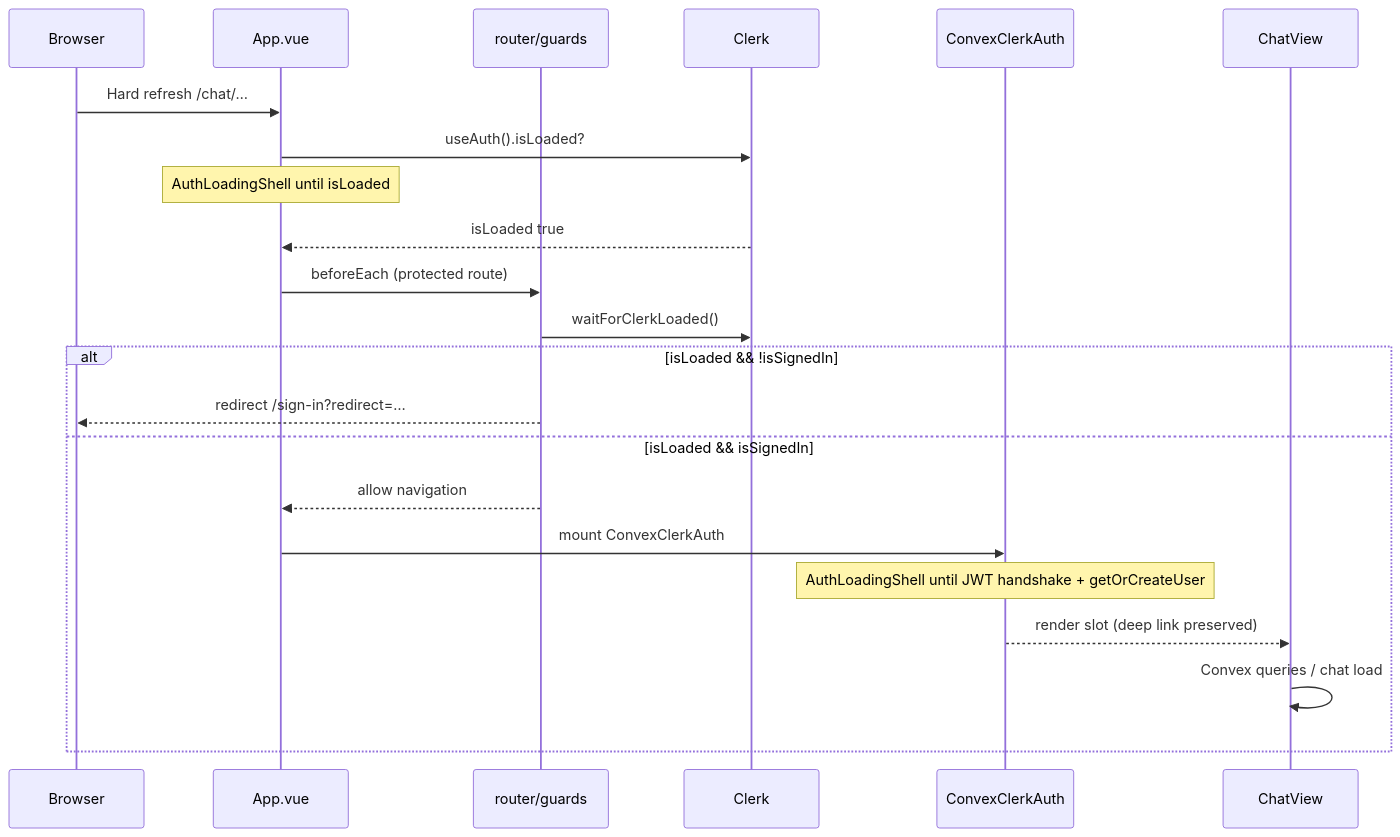
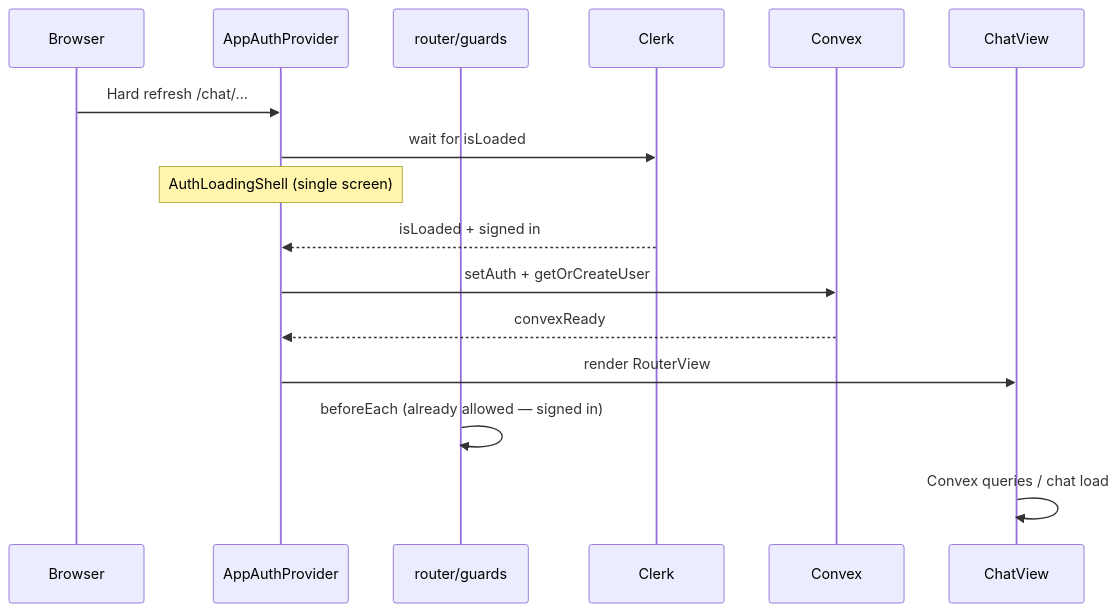
Before and after one commit to NoxideLive/kyno: the diagram in docs/auth-flow.md, drawn with Mermaid. The commit also changed other lines of this file and 176 other files, not shown here.

````diff
--- a/docs/auth-flow.md
+++ b/docs/auth-flow.md
@@ -7,25 +7,19 @@
 ```mermaid
 sequenceDiagram
   participant Browser
-  participant App as App.vue
+  participant Provider as AppAuthProvider
   participant Guard as router/guards
   participant Clerk as Clerk
-  participant Bridge as ConvexClerkAuth
+  participant Convex as Convex
   participant View as ChatView
 
-  Browser->>App: Hard refresh /chat/…
-  App->>Clerk: useAuth().isLoaded?
-  Note over App: AuthLoadingShell until isLoaded
-  Clerk-->>App: isLoaded true
-  App->>Guard: beforeEach (protected route)
-  Guard->>Clerk: waitForClerkLoaded()
-  alt isLoaded && !isSignedIn
-    Guard-->>Browser: redirect /sign-in?redirect=…
-  else isLoaded && isSignedIn
-    Guard-->>App: allow navigation
-    App->>Bridge: mount ConvexClerkAuth
-    Note over Bridge: AuthLoadingShell until JWT handshake + getOrCreateUser
-    Bridge-->>View: render slot (deep link preserved)
-    View->>View: Convex queries / chat load
-  end
+  Browser->>Provider: Hard refresh /chat/…
+  Provider->>Clerk: wait for isLoaded
+  Note over Provider: AuthLoadingShell (single screen)
+  Clerk-->>Provider: isLoaded + signed in
+  Provider->>Convex: setAuth + getOrCreateUser
+  Convex-->>Provider: convexReady
+  Provider->>View: render RouterView
+  Guard->>Guard: beforeEach (already allowed — signed in)
+  View->>View: Convex queries / chat load
 ```
````
